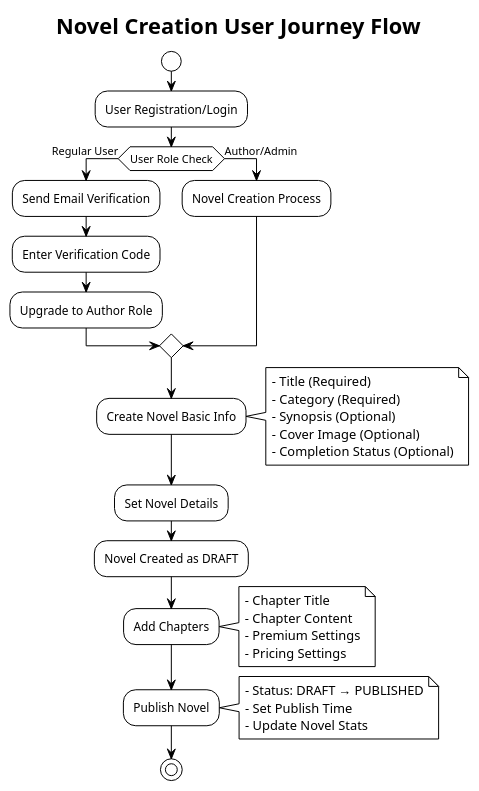
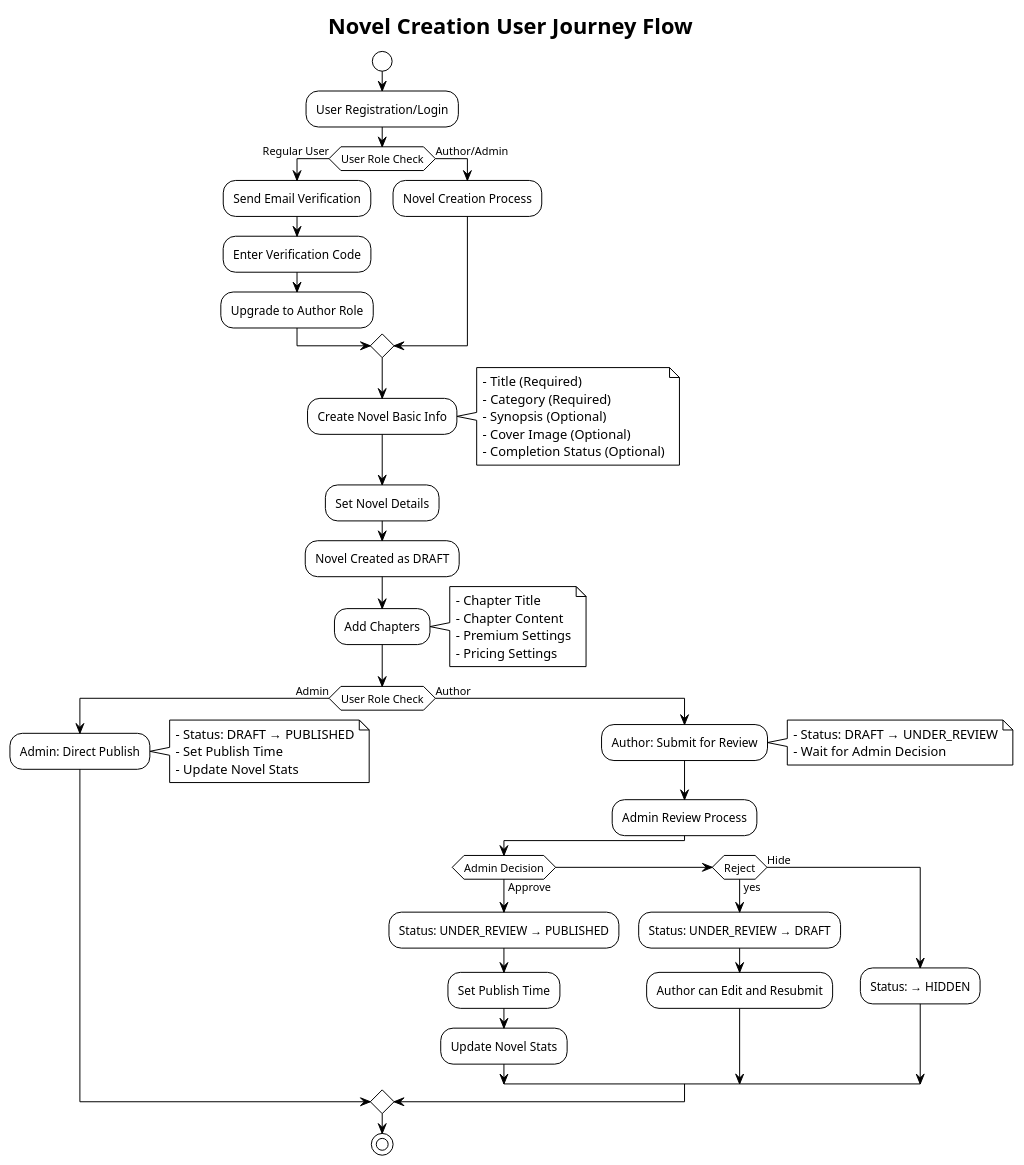
Before and after one commit to maugus0/yushan-backend: the fourth of 6 diagrams in NOVEL_CREATION_USER_JOURNEY.md, drawn with PlantUML. The commit also changed other lines of this file, not shown here.

````diff
--- a/NOVEL_CREATION_USER_JOURNEY.md
+++ b/NOVEL_CREATION_USER_JOURNEY.md
@@ -270,47 +308,67 @@
 ```plantuml
 @startuml User Journey Flow
 !theme plain
 title Novel Creation User Journey Flow
 
 start
 
 :User Registration/Login;
 if (User Role Check) then (Regular User)
     :Send Email Verification;
     :Enter Verification Code;
     :Upgrade to Author Role;
 else (Author/Admin)
     :Novel Creation Process;
 endif
 
 :Create Novel Basic Info;
 note right
 - Title (Required)
 - Category (Required)
 - Synopsis (Optional)
 - Cover Image (Optional)
 - Completion Status (Optional)
 end note
 
 :Set Novel Details;
 :Novel Created as DRAFT;
 
 :Add Chapters;
 note right
 - Chapter Title
 - Chapter Content
 - Premium Settings
 - Pricing Settings
 end note
 
-:Publish Novel;
-note right
-- Status: DRAFT → PUBLISHED
-- Set Publish Time
-- Update Novel Stats
-end note
+if (User Role Check) then (Admin)
+    :Admin: Direct Publish;
+    note right
+    - Status: DRAFT → PUBLISHED
+    - Set Publish Time
+    - Update Novel Stats
+    end note
+else (Author)
+    :Author: Submit for Review;
+    note right
+    - Status: DRAFT → UNDER_REVIEW
+    - Wait for Admin Decision
+    end note
+    
+    :Admin Review Process;
+    if (Admin Decision) then (Approve)
+        :Status: UNDER_REVIEW → PUBLISHED;
+        :Set Publish Time;
+        :Update Novel Stats;
+    elseif (Reject) then (yes)
+        :Status: UNDER_REVIEW → DRAFT;
+        :Author can Edit and Resubmit;
+    else (Hide)
+        :Status: → HIDDEN;
+    endif
+endif
 
 stop
 
 @enduml
 ```
````
